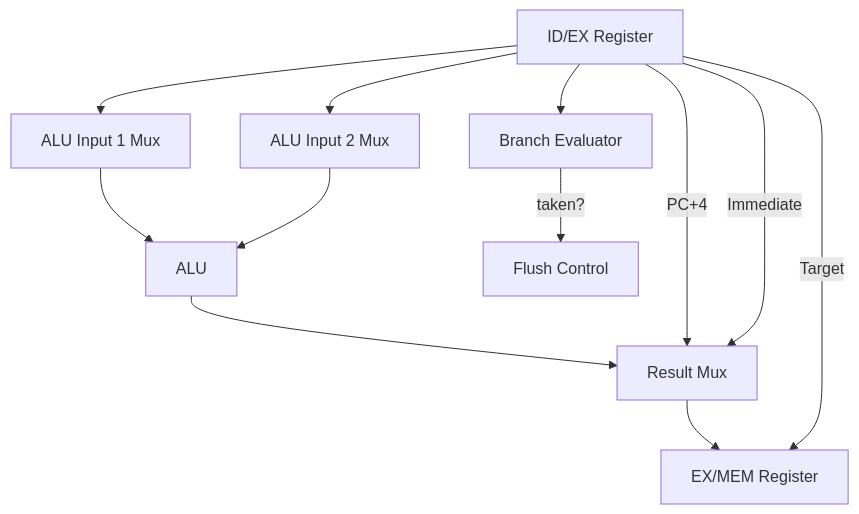
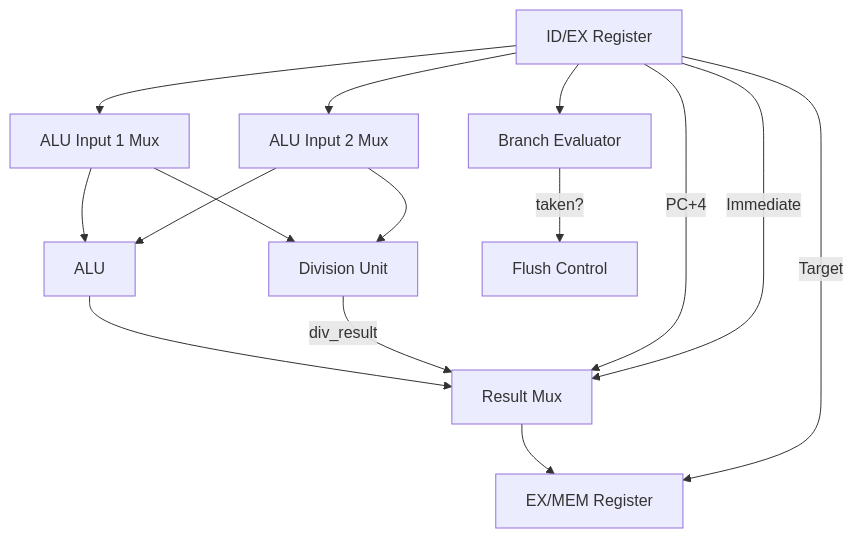
Before and after one commit to paudiaz99/Z-Core: the fourth of 10 diagrams in doc/PIPELINE.md, drawn with Mermaid. The commit also changed other lines of this file and 1 other file, not shown here.

Commit message:
Documentation: Update Pipeline & Axi diagrams

````diff
--- a/doc/PIPELINE.md
+++ b/doc/PIPELINE.md
@@ -103,17 +105,20 @@
 ```mermaid
 graph TD
     ID_EX[ID/EX Register] --> ALU_MUX1[ALU Input 1 Mux]
     ID_EX --> ALU_MUX2[ALU Input 2 Mux]
     ALU_MUX1 --> ALU[ALU]
     ALU_MUX2 --> ALU
+    ALU_MUX1 --> DIV[Division Unit]
+    ALU_MUX2 --> DIV
     
     ALU --> RESULT_MUX[Result Mux]
+    DIV --> |div_result| RESULT_MUX
     ID_EX --> |PC+4| RESULT_MUX
     ID_EX --> |Immediate| RESULT_MUX
     
     ID_EX --> BRANCH[Branch Evaluator]
     BRANCH --> |taken?| FLUSH[Flush Control]
     
     RESULT_MUX --> EX_MEM[EX/MEM Register]
     ID_EX --> |Target| EX_MEM
 ```
````
